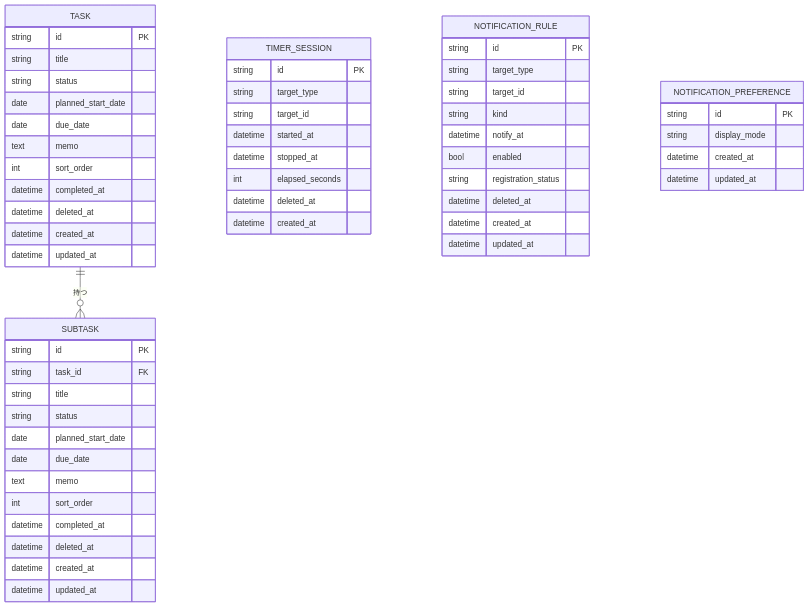
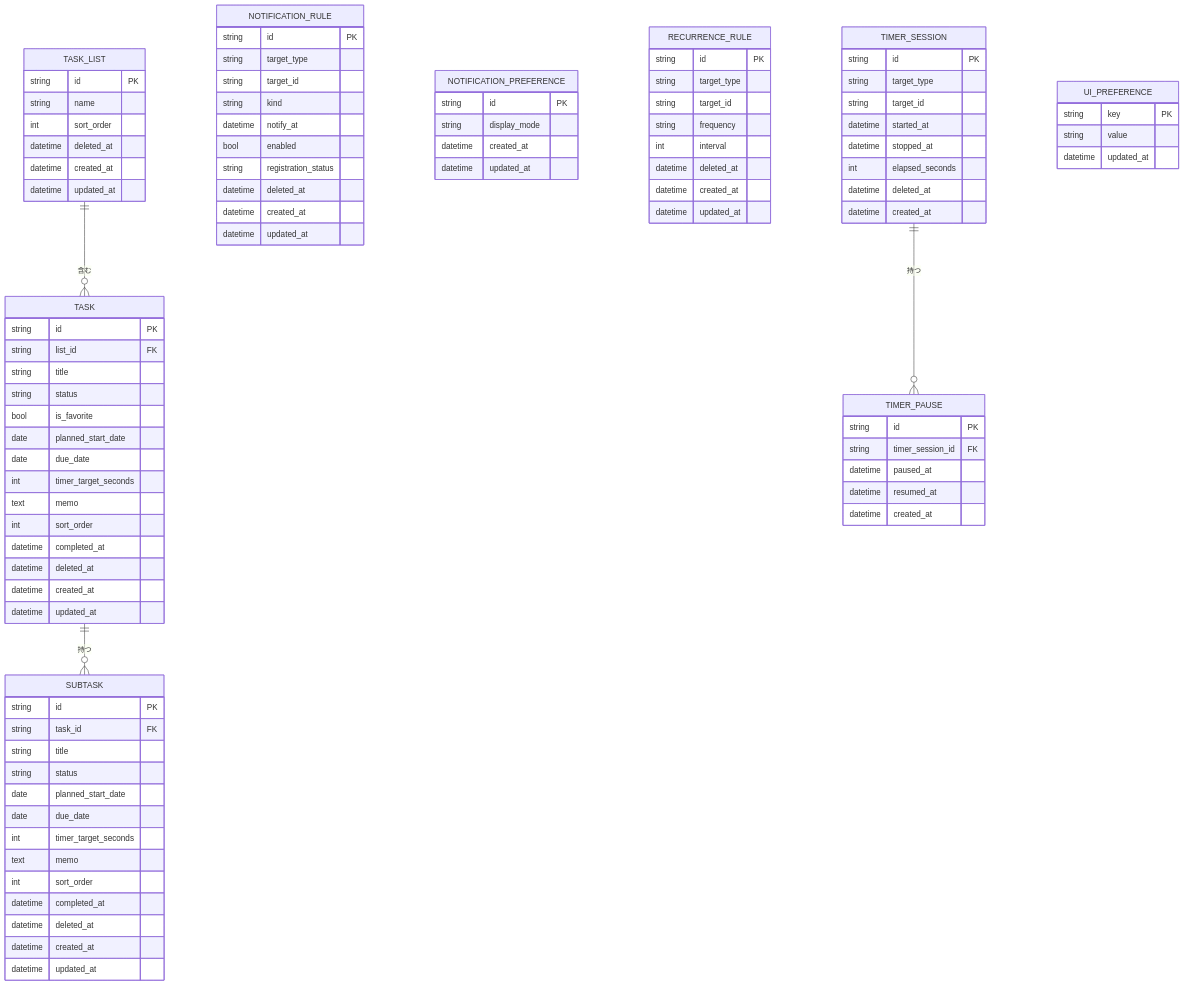
Before and after one commit to yt-hsgw/TaskTimer: the first of 2 diagrams in docs/domain-model.md, drawn with Mermaid. The commit also changed other lines of this file and 13 other files, not shown here.

````diff
--- a/docs/domain-model.md
+++ b/docs/domain-model.md
@@ -6,10 +6,13 @@
 erDiagram
   TASK {
     string id PK
+    string list_id FK
     string title
     string status
+    bool is_favorite
     date planned_start_date
     date due_date
+    int timer_target_seconds
     text memo
     int sort_order
     datetime completed_at
@@ -25,6 +28,7 @@
     string status
     date planned_start_date
     date due_date
+    int timer_target_seconds
     text memo
     int sort_order
     datetime completed_at
@@ -41,6 +45,14 @@
     datetime stopped_at
     int elapsed_seconds
     datetime deleted_at
+    datetime created_at
+  }
+
+  TIMER_PAUSE {
+    string id PK
+    string timer_session_id FK
+    datetime paused_at
+    datetime resumed_at
     datetime created_at
   }
 
@@ -64,5 +76,33 @@
     datetime updated_at
   }
 
+  RECURRENCE_RULE {
+    string id PK
+    string target_type
+    string target_id
+    string frequency
+    int interval
+    datetime deleted_at
+    datetime created_at
+    datetime updated_at
+  }
+
+  TASK_LIST {
+    string id PK
+    string name
+    int sort_order
+    datetime deleted_at
+    datetime created_at
+    datetime updated_at
+  }
+
+  UI_PREFERENCE {
+    string key PK
+    string value
+    datetime updated_at
+  }
+
+  TASK_LIST ||--o{ TASK : 含む
   TASK ||--o{ SUBTASK : 持つ
+  TIMER_SESSION ||--o{ TIMER_PAUSE : 持つ
 ```
````
